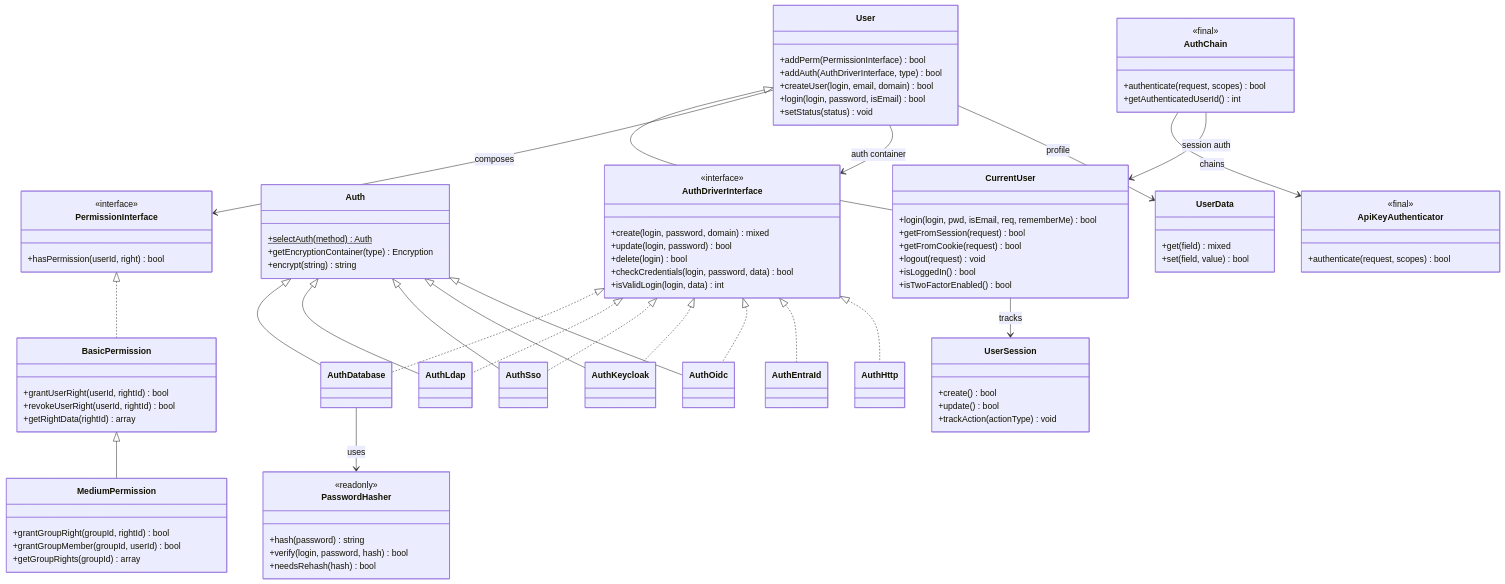
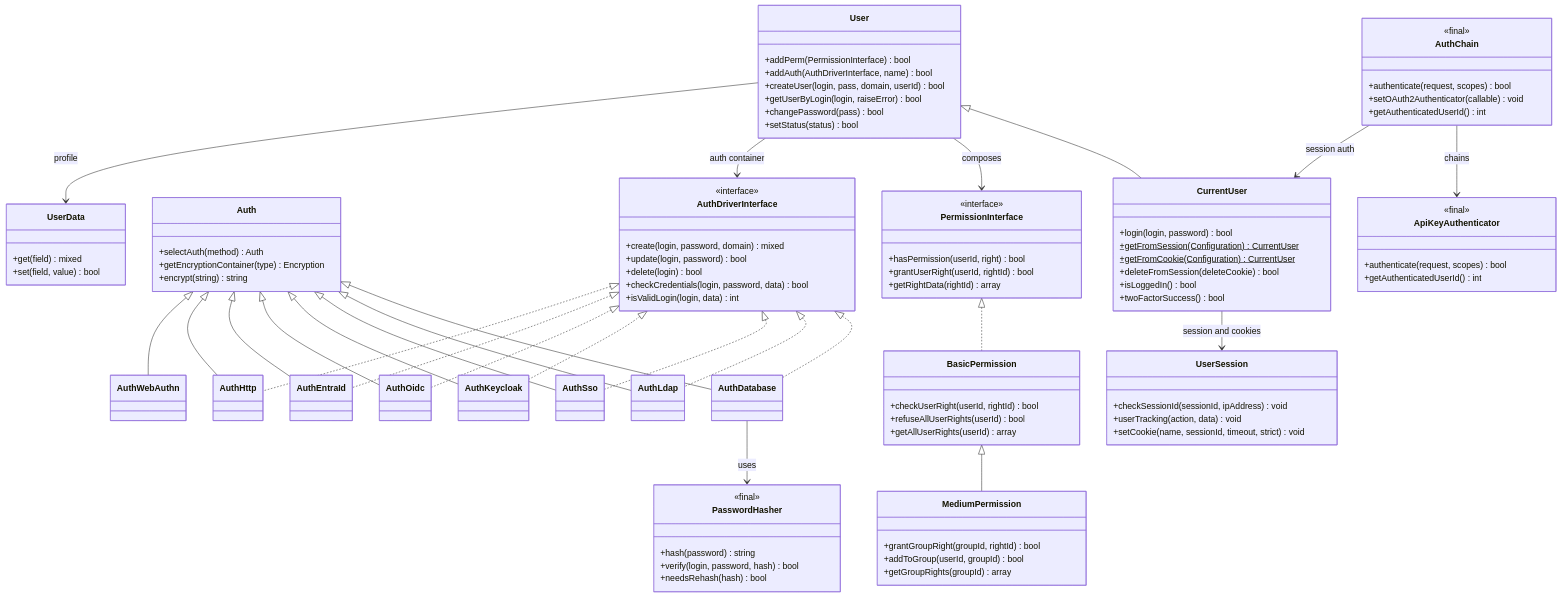
The fourth of 7 diagrams in docs/architecture.md (thorsten/phpMyFAQ), drawn with Mermaid before and after one commit. The commit also changed other lines of this file and 19 other files, not shown here.

```diff
--- a/docs/architecture.md
+++ b/docs/architecture.md
@@ -283,7 +309,7 @@
     }
 
     class Auth {
-        +selectAuth(method)$ Auth
+        +selectAuth(method) Auth
         +getEncryptionContainer(type) Encryption
         +encrypt(string) string
     }
@@ -295,9 +321,10 @@
     class AuthOidc
     class AuthEntraId
     class AuthHttp
+    class AuthWebAuthn
 
     class PasswordHasher {
-        <<readonly>>
+        <<final>>
         +hash(password) string
         +verify(login, password, hash) bool
         +needsRehash(hash) bool
@@ -305,19 +332,20 @@
 
     class User {
         +addPerm(PermissionInterface) bool
-        +addAuth(AuthDriverInterface, type) bool
-        +createUser(login, email, domain) bool
-        +login(login, password, isEmail) bool
-        +setStatus(status) void
+        +addAuth(AuthDriverInterface, name) bool
+        +createUser(login, pass, domain, userId) bool
+        +getUserByLogin(login, raiseError) bool
+        +changePassword(pass) bool
+        +setStatus(status) bool
     }
 
     class CurrentUser {
-        +login(login, pwd, isEmail, req, rememberMe) bool
-        +getFromSession(request) bool
-        +getFromCookie(request) bool
-        +logout(request) void
+        +login(login, password) bool
+        +getFromSession(Configuration)$ CurrentUser
+        +getFromCookie(Configuration)$ CurrentUser
+        +deleteFromSession(deleteCookie) bool
         +isLoggedIn() bool
-        +isTwoFactorEnabled() bool
+        +twoFactorSuccess() bool
     }
 
     class UserData {
@@ -325,33 +353,37 @@
         +set(field, value) bool
     }
     class UserSession {
-        +create() bool
-        +update() bool
-        +trackAction(actionType) void
+        +checkSessionId(sessionId, ipAddress) void
+        +userTracking(action, data) void
+        +setCookie(name, sessionId, timeout, strict) void
     }
 
     class AuthChain {
         <<final>>
         +authenticate(request, scopes) bool
+        +setOAuth2Authenticator(callable) void
         +getAuthenticatedUserId() int
     }
     class ApiKeyAuthenticator {
         <<final>>
         +authenticate(request, scopes) bool
+        +getAuthenticatedUserId() int
     }
 
     class PermissionInterface {
         <<interface>>
         +hasPermission(userId, right) bool
+        +grantUserRight(userId, rightId) bool
+        +getRightData(rightId) array
     }
     class BasicPermission {
-        +grantUserRight(userId, rightId) bool
-        +revokeUserRight(userId, rightId) bool
-        +getRightData(rightId) array
+        +checkUserRight(userId, rightId) bool
+        +refuseAllUserRights(userId) bool
+        +getAllUserRights(userId) array
     }
     class MediumPermission {
         +grantGroupRight(groupId, rightId) bool
-        +grantGroupMember(groupId, userId) bool
+        +addToGroup(userId, groupId) bool
         +getGroupRights(groupId) array
     }
 
@@ -367,12 +399,15 @@
     Auth <|-- AuthSso
     Auth <|-- AuthKeycloak
     Auth <|-- AuthOidc
+    Auth <|-- AuthEntraId
+    Auth <|-- AuthHttp
+    Auth <|-- AuthWebAuthn
 
     User <|-- CurrentUser
     User --> PermissionInterface : composes
     User --> AuthDriverInterface : auth container
     User --> UserData : profile
-    CurrentUser --> UserSession : tracks
+    CurrentUser --> UserSession : session and cookies
     AuthDatabase --> PasswordHasher : uses
 
     PermissionInterface <|.. BasicPermission
```
